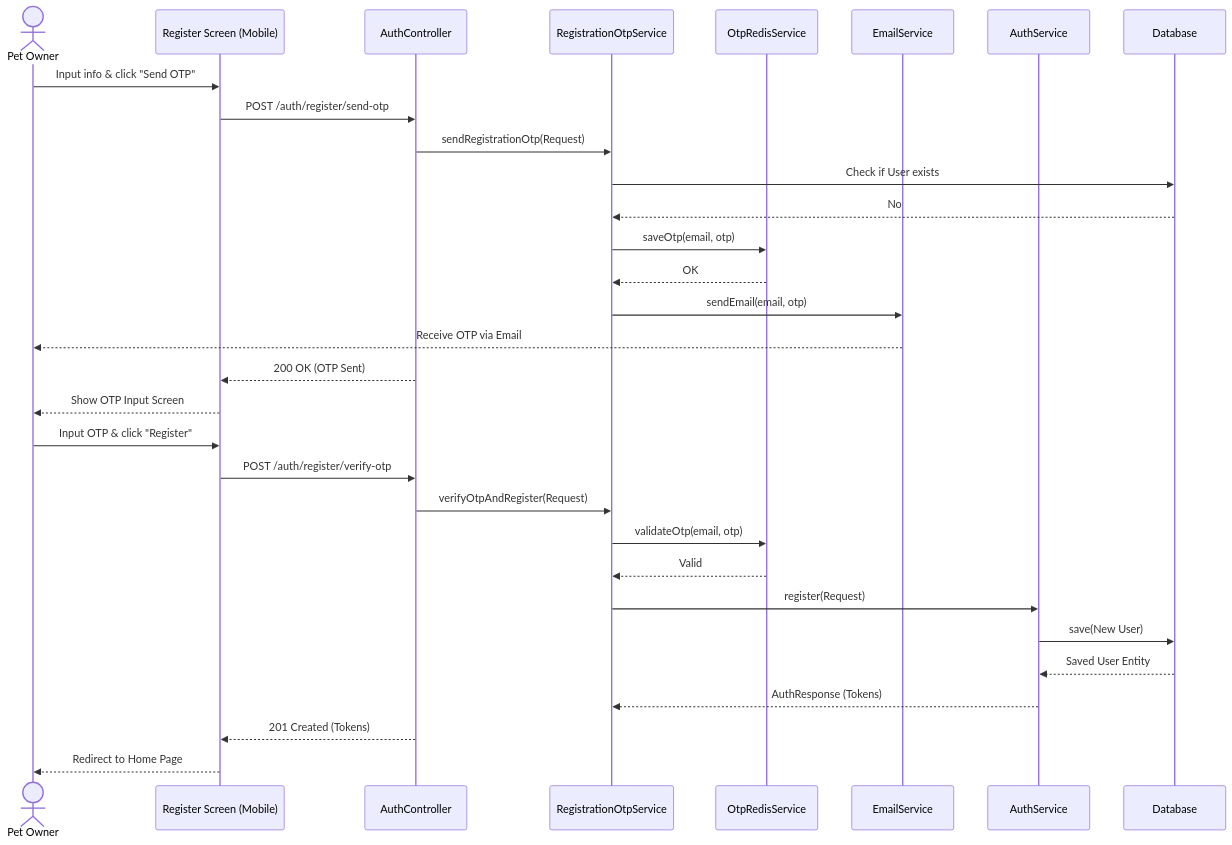
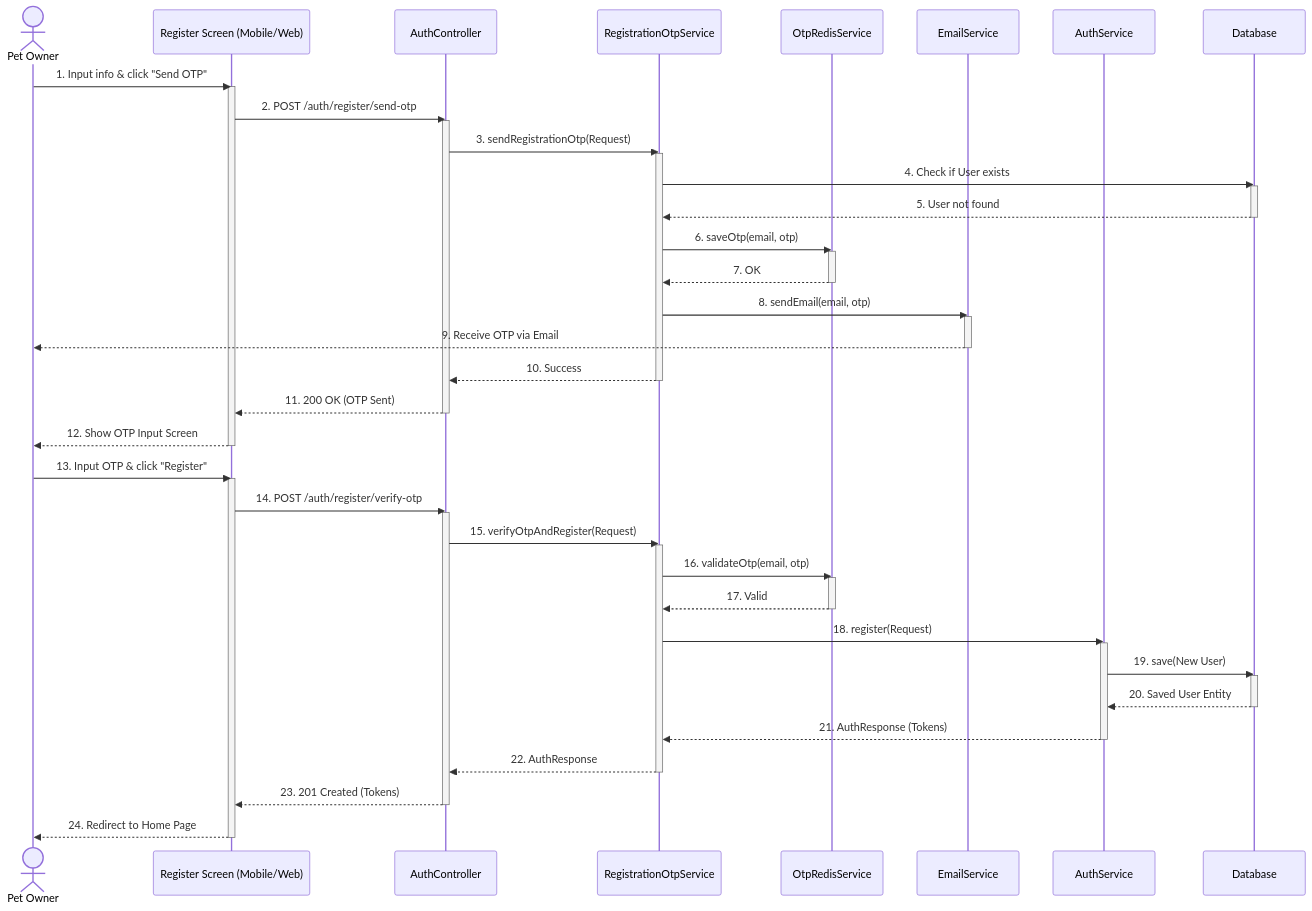
The seventh of 28 diagrams in docs-references/documentation/SDD/REPORT_4_SDD_SYSTEM_DESIGN.md (espresso23/Petties-Veterinary-Appointment-Booking-Platform), drawn with Mermaid before and after one commit. The commit also changed other lines of this file and 3 other files, not shown here.

Commit message:
docs: standardize SRS/SDD formats and fix sequence diagram notation

````diff
--- a/docs-references/documentation/SDD/REPORT_4_SDD_SYSTEM_DESIGN.md
+++ b/docs-references/documentation/SDD/REPORT_4_SDD_SYSTEM_DESIGN.md
@@ -820,35 +817,61 @@
 ```mermaid
 sequenceDiagram
     actor User as Pet Owner
-    participant UI as Register Screen (Mobile)
+    participant UI as Register Screen (Mobile/Web)
     participant AC as AuthController
     participant ROS as RegistrationOtpService
     participant ORS as OtpRedisService
     participant ES as EmailService
     participant AS as AuthService
     participant DB as Database
 
-    User->>UI: Input info & click "Send OTP"
-    UI->>AC: POST /auth/register/send-otp
-    AC->>ROS: sendRegistrationOtp(Request)
-    ROS->>DB: Check if User exists
-    DB-->>ROS: No
-    ROS->>ORS: saveOtp(email, otp)
-    ORS-->>ROS: OK
-    ROS->>ES: sendEmail(email, otp)
-    ES-->>User: Receive OTP via Email
-    AC-->>UI: 200 OK (OTP Sent)
-    UI-->>User: Show OTP Input Screen
+    User->>UI: 1. Input info & click "Send OTP"
+    activate UI
+    UI->>AC: 2. POST /auth/register/send-otp
+    activate AC
+    AC->>ROS: 3. sendRegistrationOtp(Request)
+    activate ROS
+    ROS->>DB: 4. Check if User exists
+    activate DB
+    DB-->>ROS: 5. User not found
+    deactivate DB
+    ROS->>ORS: 6. saveOtp(email, otp)
+    activate ORS
+    ORS-->>ROS: 7. OK
+    deactivate ORS
+    ROS->>ES: 8. sendEmail(email, otp)
+    activate ES
+    ES-->>User: 9. Receive OTP via Email
+    deactivate ES
+    ROS-->>AC: 10. Success
+    deactivate ROS
+    AC-->>UI: 11. 200 OK (OTP Sent)
+    deactivate AC
+    UI-->>User: 12. Show OTP Input Screen
+    deactivate UI
 
-    User->>UI: Input OTP & click "Register"
-    UI->>AC: POST /auth/register/verify-otp
-    AC->>ROS: verifyOtpAndRegister(Request)
-    ROS->>ORS: validateOtp(email, otp)
-    ORS-->>ROS: Valid
-    ROS->>AS: register(Request)
-    AS->>DB: save(New User)
-    DB-->>AS: Saved User Entity
-    AS-->>ROS: AuthResponse (Tokens)
-    AC-->>UI: 201 Created (Tokens)
-    UI-->>User: Redirect to Home Page
+    User->>UI: 13. Input OTP & click "Register"
+    activate UI
+    UI->>AC: 14. POST /auth/register/verify-otp
+    activate AC
+    AC->>ROS: 15. verifyOtpAndRegister(Request)
+    activate ROS
+    ROS->>ORS: 16. validateOtp(email, otp)
+    activate ORS
+    ORS-->>ROS: 17. Valid
+    deactivate ORS
+    ROS->>AS: 18. register(Request)
+    activate AS
+    AS->>DB: 19. save(New User)
+    activate DB
+    DB-->>AS: 20. Saved User Entity
+    deactivate DB
+    AS-->>ROS: 21. AuthResponse (Tokens)
+    deactivate AS
+    ROS-->>AC: 22. AuthResponse
+    deactivate ROS
+    AC-->>UI: 23. 201 Created (Tokens)
+    deactivate AC
+    UI-->>User: 24. Redirect to Home Page
+    deactivate UI
 ```
````
